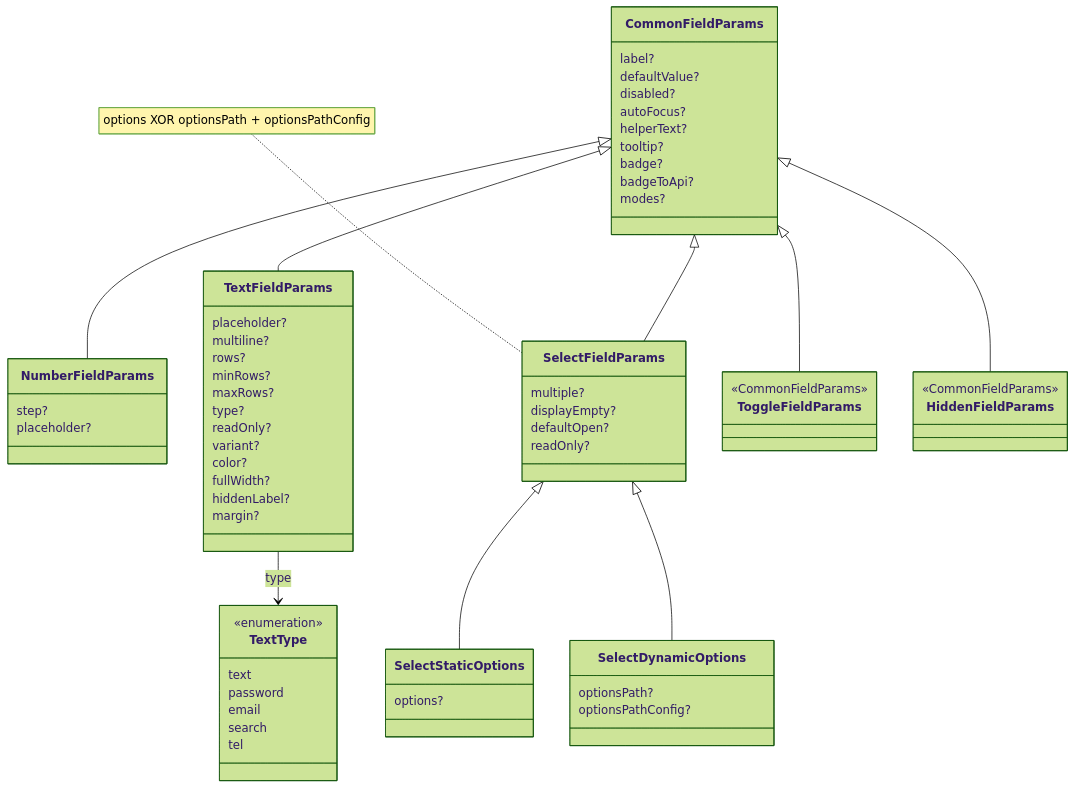
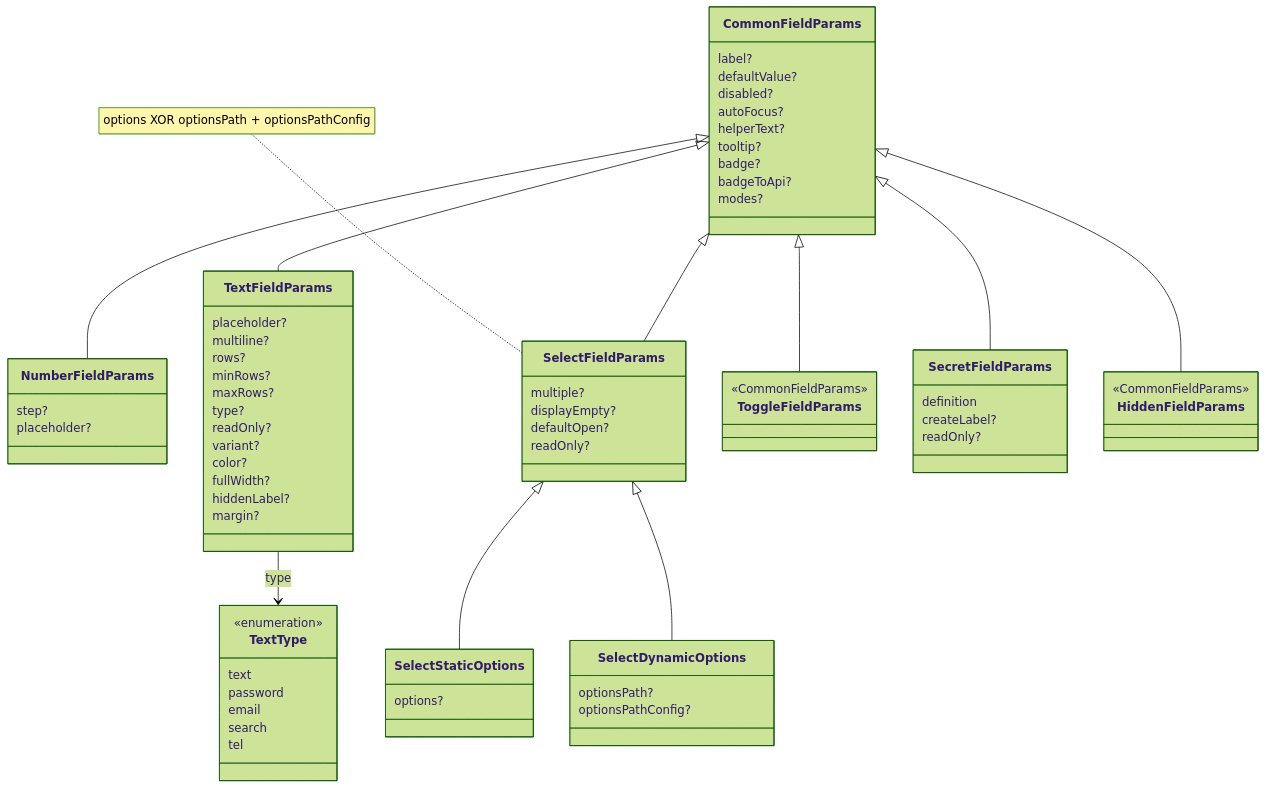
Before and after one commit to openeverest/openeverest: the fifth of 6 diagrams in docs/ui/architecture/ui-generator/schema-reference.md, drawn with Mermaid (forest theme). The commit also changed other lines of this file and 2 other files, not shown here.

Commit message:
docs(ui): document the secret field

````diff
--- a/docs/ui/architecture/ui-generator/schema-reference.md
+++ b/docs/ui/architecture/ui-generator/schema-reference.md
@@ -92,68 +92,74 @@
 ```mermaid
 classDiagram
   class CommonFieldParams {
     label?
     defaultValue?
     disabled?
     autoFocus?
     helperText?
     tooltip?
     badge?
     badgeToApi?
     modes?
   }
   class NumberFieldParams {
     step?
     placeholder?
   }
   class TextFieldParams {
     placeholder?
     multiline?
     rows?
     minRows?
     maxRows?
     type?
     readOnly?
     variant?
     color?
     fullWidth?
     hiddenLabel?
     margin?
   }
   class TextType {
     <<enumeration>>
     text
     password
     email
     search
     tel
   }
   class SelectFieldParams {
     multiple?
     displayEmpty?
     defaultOpen?
     readOnly?
   }
   class SelectStaticOptions {
     options?
   }
   class SelectDynamicOptions {
     optionsPath?
     optionsPathConfig?
   }
   class ToggleFieldParams {
     <<CommonFieldParams>>
   }
+  class SecretFieldParams {
+    definition
+    createLabel?
+    readOnly?
+  }
   class HiddenFieldParams {
     <<CommonFieldParams>>
   }
   CommonFieldParams <|-- NumberFieldParams
   CommonFieldParams <|-- TextFieldParams
   CommonFieldParams <|-- SelectFieldParams
   CommonFieldParams <|-- ToggleFieldParams
+  CommonFieldParams <|-- SecretFieldParams
   CommonFieldParams <|-- HiddenFieldParams
   TextFieldParams --> TextType : type
   SelectFieldParams <|-- SelectStaticOptions
   SelectFieldParams <|-- SelectDynamicOptions
   note for SelectFieldParams "options XOR optionsPath + optionsPathConfig"
 ```
````
